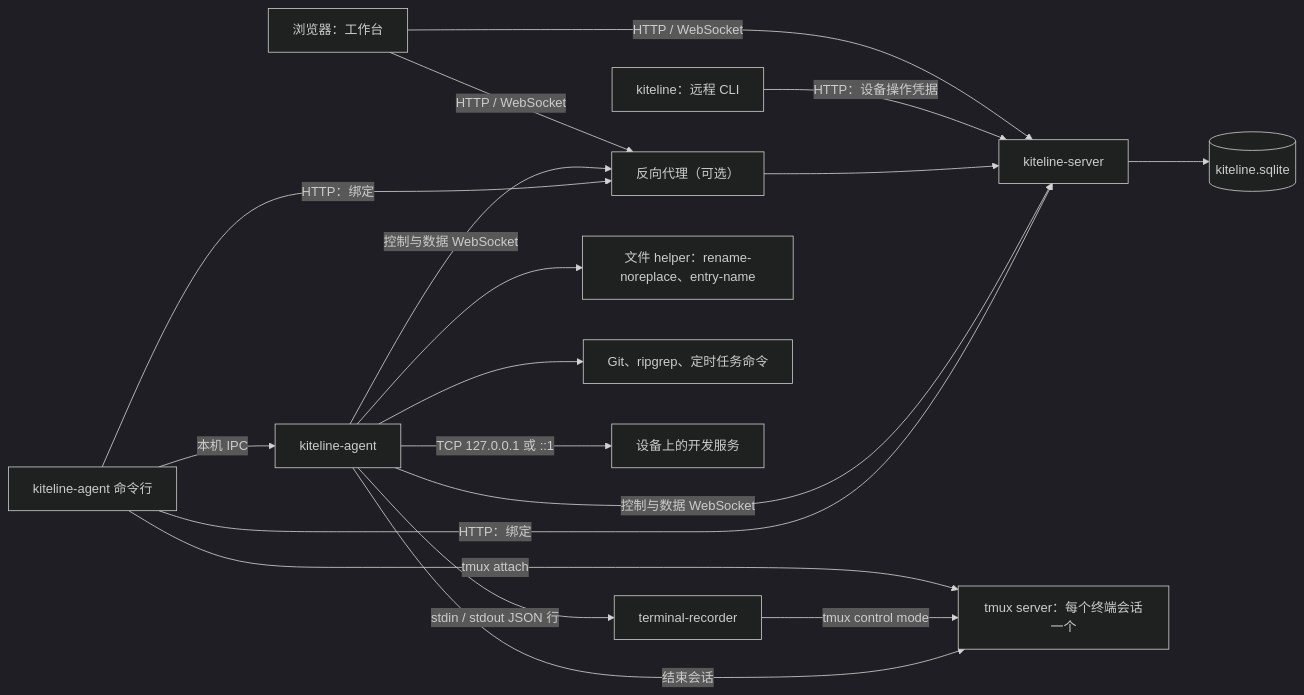
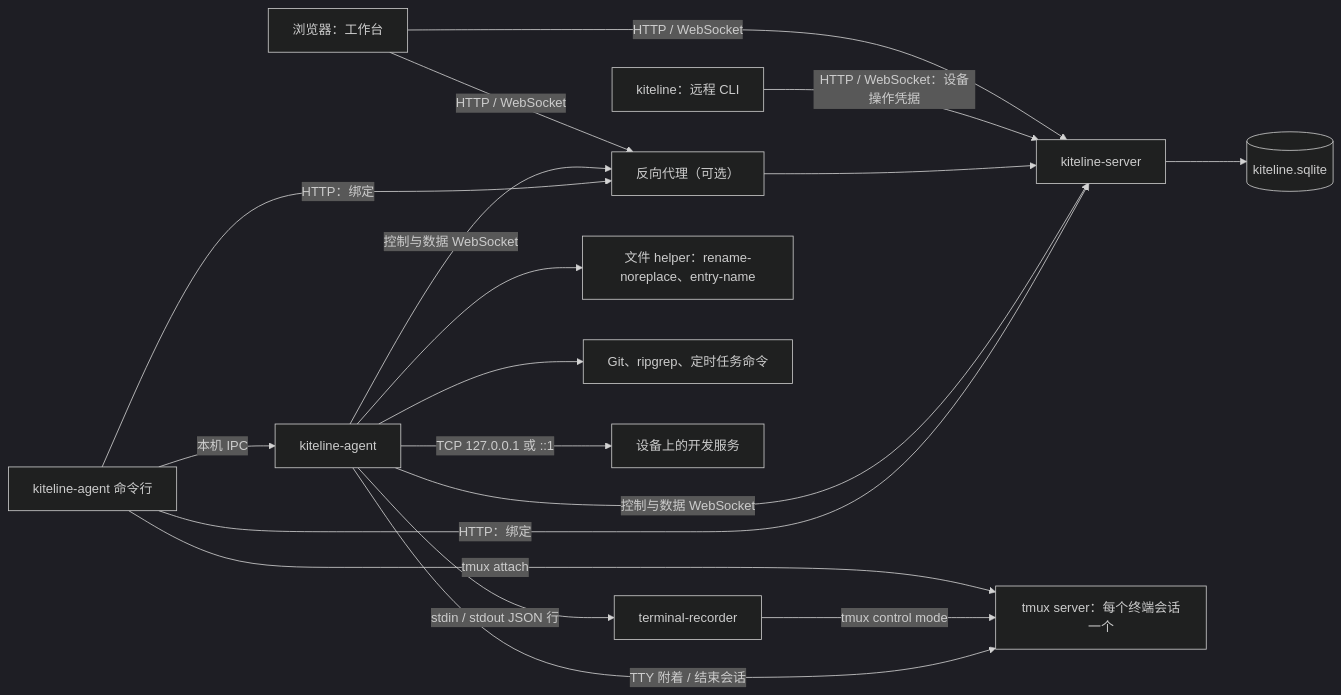
Before and after one commit to Azure99/kiteline: the diagram in docs/design/architecture.md, drawn with Mermaid (dark theme). The commit also changed other lines of this file, not shown here.

Commit message:
docs: reflect remote terminal attach in architecture

````diff
--- a/docs/design/architecture.md
+++ b/docs/design/architecture.md
@@ -7,20 +7,20 @@
 ```mermaid
 flowchart LR
   B["浏览器：工作台"] -->|"HTTP / WebSocket"| P["反向代理（可选）"]
   B -->|"HTTP / WebSocket"| S["kiteline-server"]
-  CLI["kiteline：远程 CLI"] -->|"HTTP：设备操作凭据"| S
+  CLI["kiteline：远程 CLI"] -->|"HTTP / WebSocket：设备操作凭据"| S
   P --> S
   S --> DB[("kiteline.sqlite")]
   A["kiteline-agent"] -->|"控制与数据 WebSocket"| P
   A -->|"控制与数据 WebSocket"| S
   C["kiteline-agent 命令行"] -->|"本机 IPC"| A
   C -->|"HTTP：绑定"| P
   C -->|"HTTP：绑定"| S
   C -->|"tmux attach"| T["tmux server：每个终端会话一个"]
   A -->|"stdin / stdout JSON 行"| R["terminal-recorder"]
   R -->|"tmux control mode"| T
-  A -->|"结束会话"| T
+  A -->|"TTY 附着 / 结束会话"| T
   A --> H["文件 helper：rename-noreplace、entry-name"]
   A --> G["Git、ripgrep、定时任务命令"]
   A -->|"TCP 127.0.0.1 或 ::1"| D["设备上的开发服务"]
 ```
````
